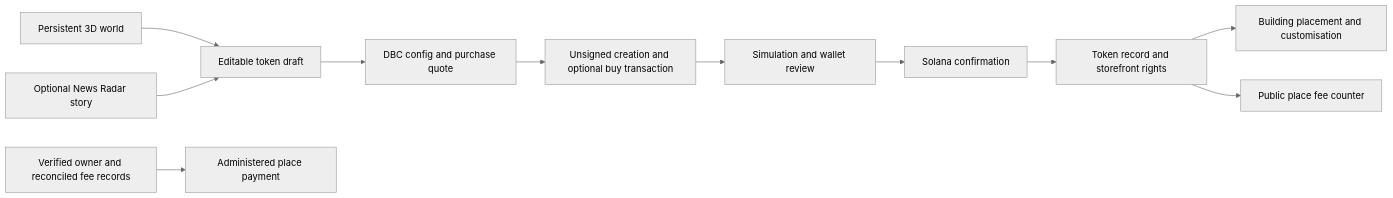
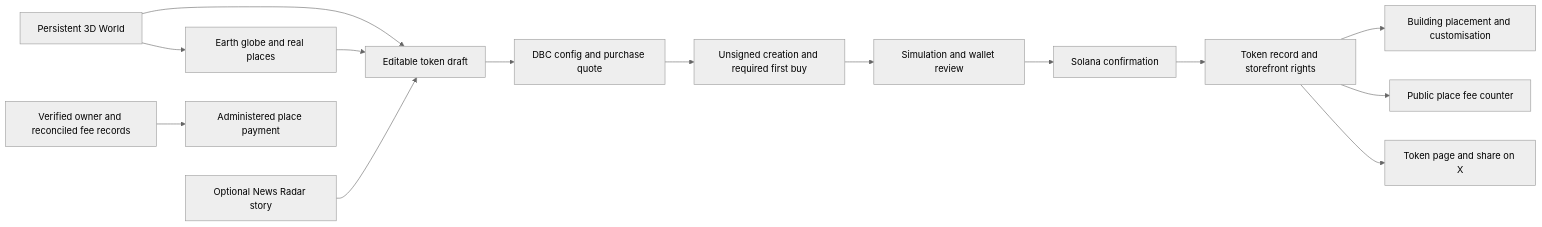
Before and after one commit to nexozspicy-ship-it/market-launchpad-jury-v2: the diagram in docs/ARCHITECTURE.md, drawn with Mermaid (neutral theme). The commit also changed other lines of this file and 2 other files, not shown here.

````diff
--- a/docs/ARCHITECTURE.md
+++ b/docs/ARCHITECTURE.md
@@ -3,13 +3,16 @@
 ```mermaid
 flowchart LR
-  W[Persistent 3D world] --> D[Editable token draft]
+  W[Persistent 3D World] --> D[Editable token draft]
+  W --> E[Earth globe and real places]
+  E --> D
   R[Optional News Radar story] --> D
   D --> C[DBC config and purchase quote]
-  C --> U[Unsigned creation and optional buy transaction]
+  C --> U[Unsigned creation and required first buy]
   U --> V[Simulation and wallet review]
   V --> N[Solana confirmation]
   N --> T[Token record and storefront rights]
   T --> B[Building placement and customisation]
   T --> F[Public place fee counter]
+  T --> X[Token page and share on X]
   O[Verified owner and reconciled fee records] --> P[Administered place payment]
 ```
````
